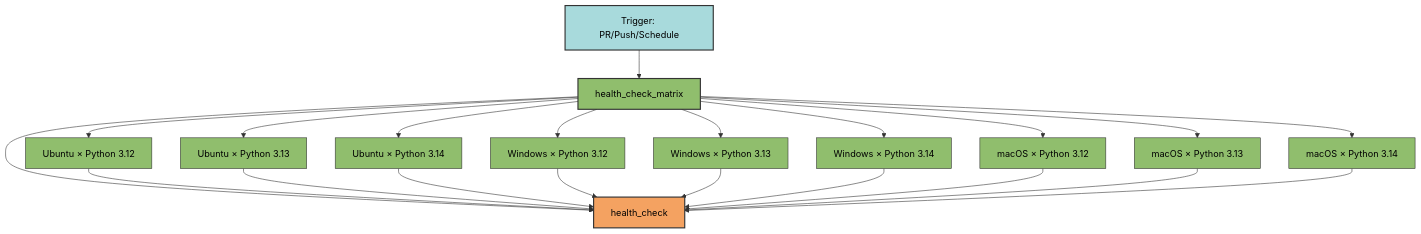
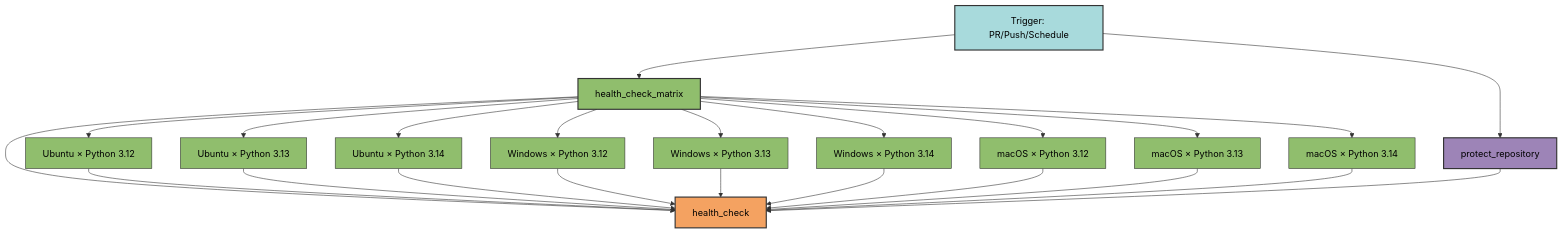
Before and after one commit to Winipedia/py-dev: the first of 2 diagrams in docs/configs/workflows/health_check.md, drawn with Mermaid. The commit also changed other lines of this file and 48 other files, not shown here.

````diff
--- a/docs/configs/workflows/health_check.md
+++ b/docs/configs/workflows/health_check.md
@@ -35,38 +35,41 @@
 ```mermaid
 graph TD
     A[Trigger: PR/Push/Schedule] --> B[health_check_matrix]
+    A --> P[protect_repository]
     B --> C[health_check]
+    P --> C
 
     B --> B1[Ubuntu × Python 3.12]
     B --> B2[Ubuntu × Python 3.13]
     B --> B3[Ubuntu × Python 3.14]
     B --> B4[Windows × Python 3.12]
     B --> B5[Windows × Python 3.13]
     B --> B6[Windows × Python 3.14]
     B --> B7[macOS × Python 3.12]
     B --> B8[macOS × Python 3.13]
     B --> B9[macOS × Python 3.14]
 
     B1 --> C
     B2 --> C
     B3 --> C
     B4 --> C
     B5 --> C
     B6 --> C
     B7 --> C
     B8 --> C
     B9 --> C
 
     style A fill:#a8dadc,stroke:#333,stroke-width:2px,color:#000
     style B fill:#90be6d,stroke:#333,stroke-width:2px,color:#000
+    style P fill:#9d84b7,stroke:#333,stroke-width:2px,color:#000
     style C fill:#f4a261,stroke:#333,stroke-width:2px,color:#000
     style B1 fill:#90be6d,stroke:#333,stroke-width:1px,color:#000
     style B2 fill:#90be6d,stroke:#333,stroke-width:1px,color:#000
     style B3 fill:#90be6d,stroke:#333,stroke-width:1px,color:#000
     style B4 fill:#90be6d,stroke:#333,stroke-width:1px,color:#000
     style B5 fill:#90be6d,stroke:#333,stroke-width:1px,color:#000
     style B6 fill:#90be6d,stroke:#333,stroke-width:1px,color:#000
     style B7 fill:#90be6d,stroke:#333,stroke-width:1px,color:#000
     style B8 fill:#90be6d,stroke:#333,stroke-width:1px,color:#000
     style B9 fill:#90be6d,stroke:#333,stroke-width:1px,color:#000
 ```
````
